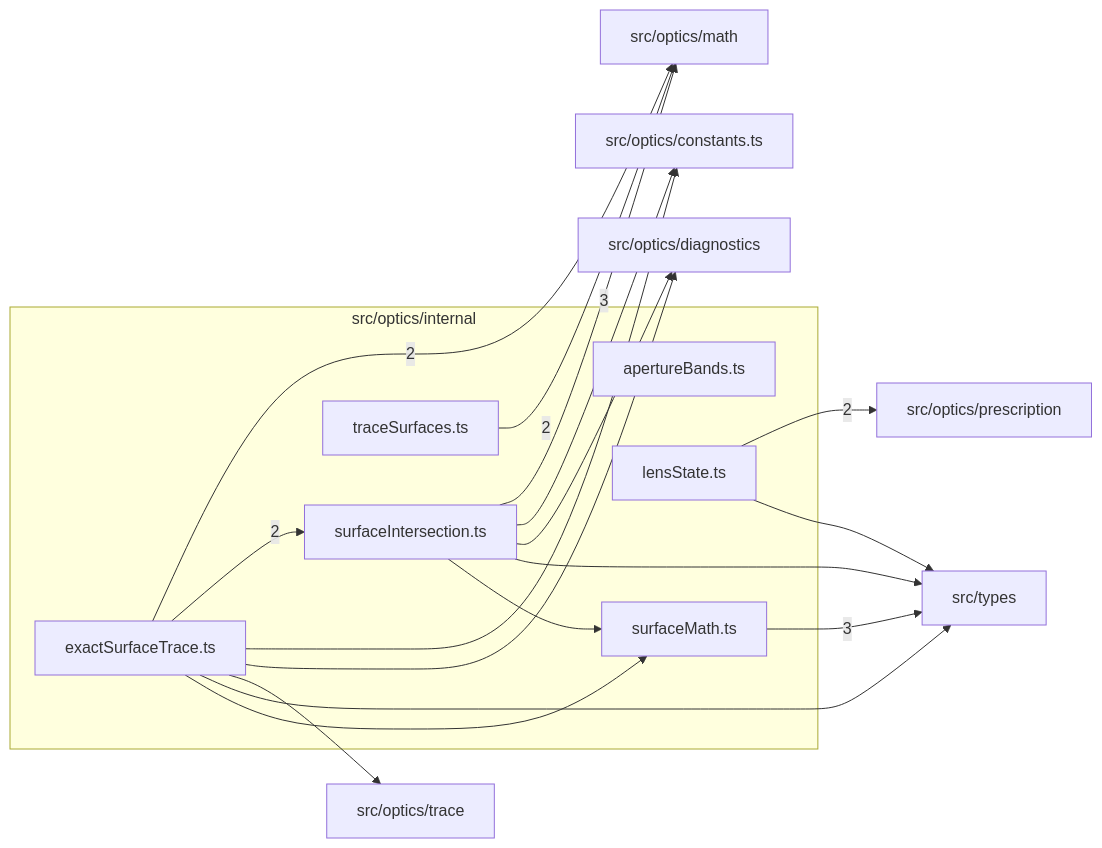
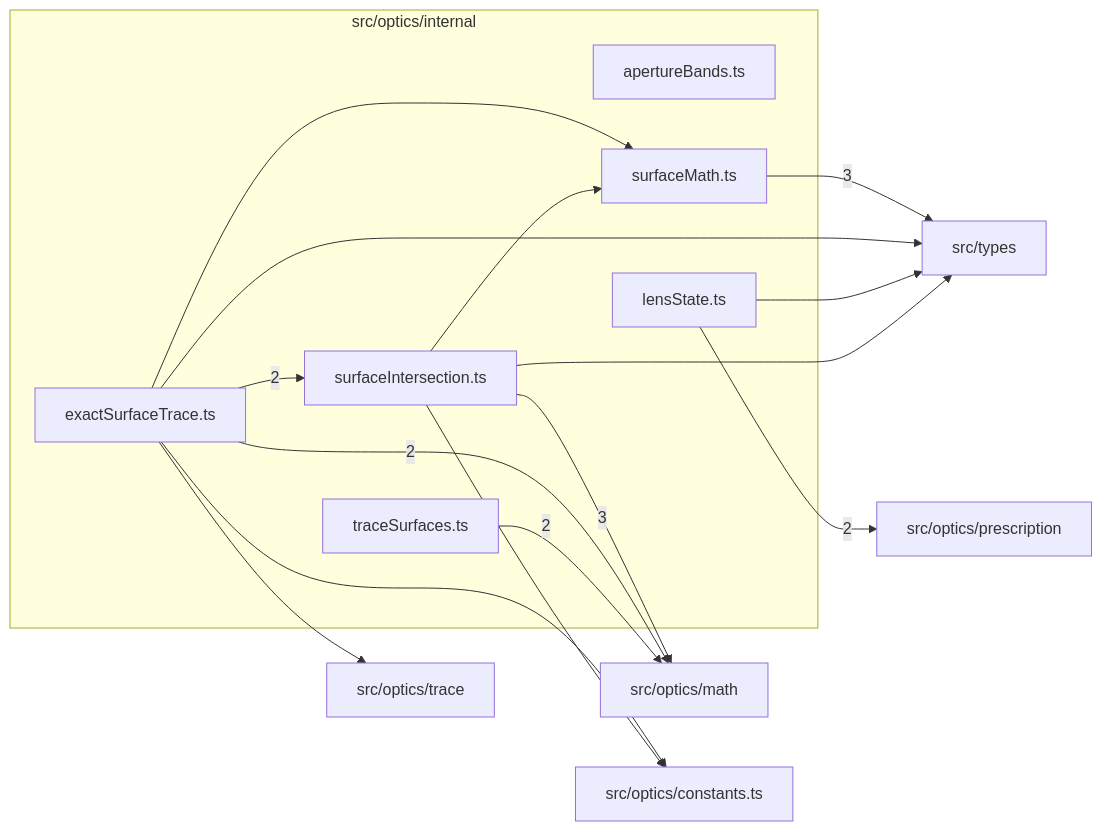
One commit to BeamFour/LensVisualizer changed the diagram in src/optics/internal/readme.md. Above: the diagram before and after it, drawn with Mermaid. The commit also changed other lines of this file and 53 other files, not shown here.

````diff
--- a/src/optics/internal/readme.md
+++ b/src/optics/internal/readme.md
@@ -9,33 +9,30 @@
 ```mermaid
 flowchart LR
   subgraph n_src_optics_internal["src/optics/internal"]
     n_src_optics_internal_src_optics_internal_apertureBands_ts["apertureBands.ts"]
     n_src_optics_internal_src_optics_internal_exactSurfaceTrace_ts["exactSurfaceTrace.ts"]
     n_src_optics_internal_src_optics_internal_lensState_ts["lensState.ts"]
     n_src_optics_internal_src_optics_internal_surfaceIntersection_ts["surfaceIntersection.ts"]
     n_src_optics_internal_src_optics_internal_surfaceMath_ts["surfaceMath.ts"]
     n_src_optics_internal_src_optics_internal_traceSurfaces_ts["traceSurfaces.ts"]
   end
   n_external_src_optics_math["src/optics/math"]
   n_external_src_types["src/types"]
   n_external_src_optics_prescription["src/optics/prescription"]
   n_external_src_optics_constants_ts["src/optics/constants.ts"]
-  n_external_src_optics_diagnostics["src/optics/diagnostics"]
   n_external_src_optics_trace["src/optics/trace"]
   n_src_optics_internal_src_optics_internal_surfaceIntersection_ts --> |3| n_external_src_optics_math
   n_src_optics_internal_src_optics_internal_surfaceMath_ts --> |3| n_external_src_types
   n_src_optics_internal_src_optics_internal_exactSurfaceTrace_ts --> |2| n_external_src_optics_math
   n_src_optics_internal_src_optics_internal_traceSurfaces_ts --> |2| n_external_src_optics_math
   n_src_optics_internal_src_optics_internal_lensState_ts --> |2| n_external_src_optics_prescription
   n_src_optics_internal_src_optics_internal_exactSurfaceTrace_ts --> |2| n_src_optics_internal_src_optics_internal_surfaceIntersection_ts
   n_src_optics_internal_src_optics_internal_exactSurfaceTrace_ts --> n_external_src_optics_constants_ts
   n_src_optics_internal_src_optics_internal_surfaceIntersection_ts --> n_external_src_optics_constants_ts
-  n_src_optics_internal_src_optics_internal_exactSurfaceTrace_ts --> n_external_src_optics_diagnostics
-  n_src_optics_internal_src_optics_internal_surfaceIntersection_ts --> n_external_src_optics_diagnostics
   n_src_optics_internal_src_optics_internal_exactSurfaceTrace_ts --> n_external_src_optics_trace
   n_src_optics_internal_src_optics_internal_exactSurfaceTrace_ts --> n_external_src_types
   n_src_optics_internal_src_optics_internal_lensState_ts --> n_external_src_types
   n_src_optics_internal_src_optics_internal_surfaceIntersection_ts --> n_external_src_types
   n_src_optics_internal_src_optics_internal_exactSurfaceTrace_ts --> n_src_optics_internal_src_optics_internal_surfaceMath_ts
   n_src_optics_internal_src_optics_internal_surfaceIntersection_ts --> n_src_optics_internal_src_optics_internal_surfaceMath_ts
 ```
````
